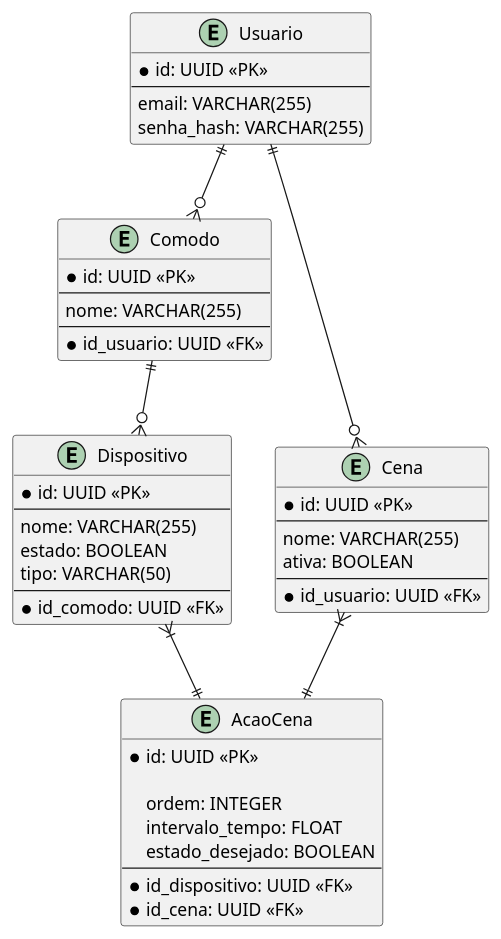
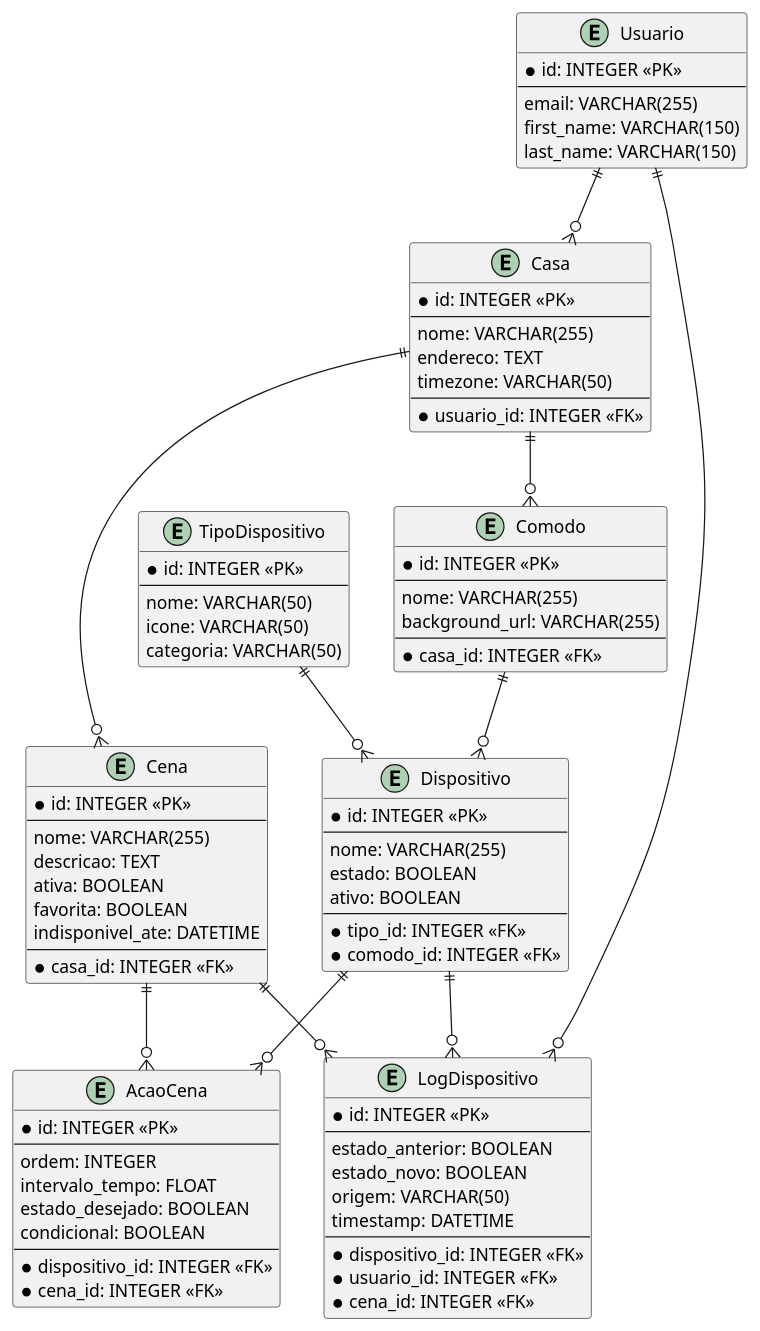
One commit to ReisvitoR/backend-casa-iot changed the diagram in diag-DER.plantuml. Above: the diagram before and after it, drawn with PlantUML. The commit also changed 7 other files, not shown here.

```diff
--- a/diag-DER.plantuml
+++ b/diag-DER.plantuml
@@ -1,52 +1,95 @@
 @startuml
 entity Usuario {
-  *id: UUID <<PK>>
+  *id: INTEGER <<PK>>
   --
   email: VARCHAR(255)
-  senha_hash: VARCHAR(255)
+  first_name: VARCHAR(150)
+  last_name: VARCHAR(150)
+}
+
+entity Casa {
+  *id: INTEGER <<PK>>
+  --
+  nome: VARCHAR(255)
+  endereco: TEXT
+  timezone: VARCHAR(50)
+  --
+  *usuario_id: INTEGER <<FK>>
 }
 
 entity Comodo {
-  *id: UUID <<PK>>
+  *id: INTEGER <<PK>>
   --
   nome: VARCHAR(255)
+  background_url: VARCHAR(255)
   --
-  *id_usuario: UUID <<FK>>
+  *casa_id: INTEGER <<FK>>
+}
+
+entity TipoDispositivo {
+  *id: INTEGER <<PK>>
+  --
+  nome: VARCHAR(50)
+  icone: VARCHAR(50)
+  categoria: VARCHAR(50)
 }
 
 entity Dispositivo {
-  *id: UUID <<PK>>
+  *id: INTEGER <<PK>>
   --
   nome: VARCHAR(255)
   estado: BOOLEAN
-  tipo: VARCHAR(50)
+  ativo: BOOLEAN
   --
-  *id_comodo: UUID <<FK>>
+  *tipo_id: INTEGER <<FK>>
+  *comodo_id: INTEGER <<FK>>
 }
 
 entity Cena {
-  *id: UUID <<PK>>
+  *id: INTEGER <<PK>>
   --
   nome: VARCHAR(255)
+  descricao: TEXT
   ativa: BOOLEAN
+  favorita: BOOLEAN
+  indisponivel_ate: DATETIME
   --
-  *id_usuario: UUID <<FK>>
+  *casa_id: INTEGER <<FK>>
 }
 
 entity AcaoCena {
-  *id: UUID <<PK>>
-     
+  *id: INTEGER <<PK>>
+  --
   ordem: INTEGER
   intervalo_tempo: FLOAT
   estado_desejado: BOOLEAN
+  condicional: BOOLEAN
   --
-  *id_dispositivo: UUID <<FK>>
-  *id_cena: UUID <<FK>>
+  *dispositivo_id: INTEGER <<FK>>
+  *cena_id: INTEGER <<FK>>
 }
 
-Usuario ||--o{ Comodo
+entity LogDispositivo {
+  *id: INTEGER <<PK>>
+  --
+  estado_anterior: BOOLEAN
+  estado_novo: BOOLEAN
+  origem: VARCHAR(50)
+  timestamp: DATETIME
+  --
+  *dispositivo_id: INTEGER <<FK>>
+  *usuario_id: INTEGER <<FK>>
+  *cena_id: INTEGER <<FK>>
+}
+
+Usuario ||--o{ Casa
+Casa ||--o{ Comodo
+Casa ||--o{ Cena
 Comodo ||--o{ Dispositivo
-Usuario ||--o{ Cena
-Cena }|--|| AcaoCena
-Dispositivo }|--|| AcaoCena
+TipoDispositivo ||--o{ Dispositivo
+Cena ||--o{ AcaoCena
+Dispositivo ||--o{ AcaoCena
+Dispositivo ||--o{ LogDispositivo
+Usuario ||--o{ LogDispositivo
+Cena ||--o{ LogDispositivo
 @enduml
```
